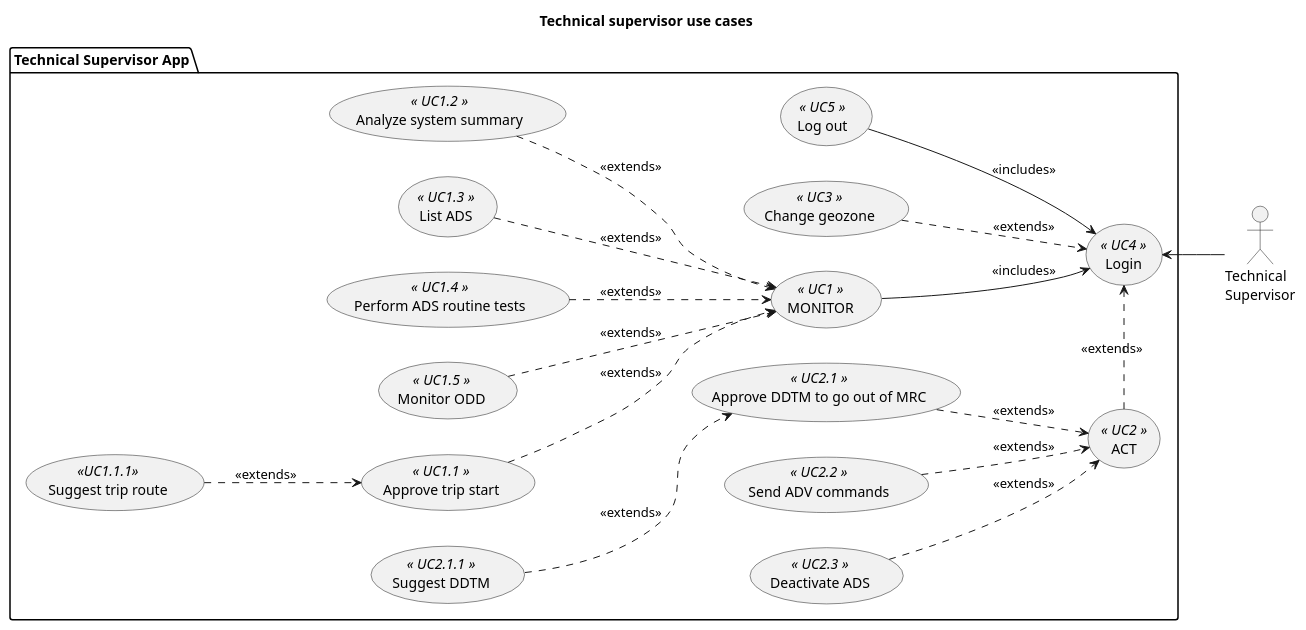
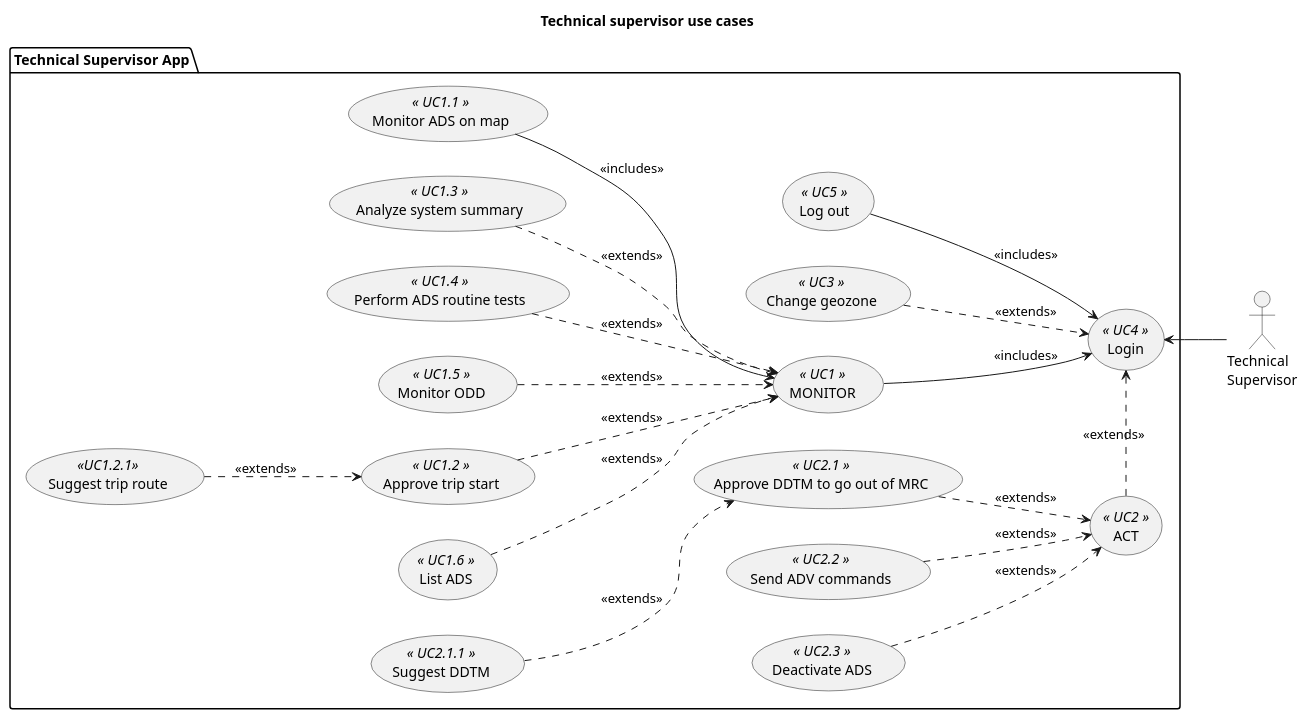
Before and after one commit to bruno-motorai/uml: the diagram in technical_supervisor/use_cases.pu, drawn with PlantUML. The commit also changed 2 other files, not shown here.

Commit message:
Add suggest trip route use case. Update state diagram wording

```diff
--- a/technical_supervisor/use_cases.pu
+++ b/technical_supervisor/use_cases.pu
@@ -1,52 +1,54 @@
 @startuml ts_use_cases
 title Technical supervisor use cases
 
 left to right direction
 
 actor :Technical\nSupervisor: as TS1
 
 package "Technical Supervisor App" {
     usecase UC4 as (Login) <<  UC4  >>
     usecase UC5 as (Log out) <<  UC5  >>
     usecase UC1 as (MONITOR)<<  UC1  >>
     usecase UC2 as (ACT) <<  UC2  >>
     usecase UC3 as (Change geozone) <<  UC3  >>
 
     ' Supervise system
-    usecase UC100 as (Approve trip start) <<  UC1.1  >>
-    usecase UC101 as (Analyze system summary) <<  UC1.2  >>
-    usecase UC102 as (List ADS) <<  UC1.3  >>
+    usecase UC102 as (Monitor ADS on map) <<  UC1.1  >>
+    usecase UC100 as (Approve trip start) <<  UC1.2  >>
+    usecase UC101 as (Analyze system summary) <<  UC1.3  >>
     usecase UC104 as (Perform ADS routine tests) <<  UC1.4  >>
     usecase UC105 as (Monitor ODD) <<  UC1.5  >>
-    usecase UC106 as (Suggest trip route) << UC1.1.1 >>
+    usecase UC106 as (Suggest trip route) << UC1.2.1 >>
+    usecase UC107 as (List ADS) <<  UC1.6  >>
 
     ' Supervise ADS
     usecase UC202 as (Approve DDTM to go out of MRC) <<  UC2.1  >>
     ' ADS actions
     usecase UC303 as (Suggest DDTM) <<  UC2.1.1  >>
     usecase UC304 as (Send ADV commands) <<  UC2.2  >>
     usecase UC305 as (Deactivate ADS) <<  UC2.3  >>
 }
 
 ' User connections
 TS1 -up-> UC4
 UC2 -> UC4 #line.dashed : <<extends>> 
 UC1 --> UC4 : <<includes>> 
 UC3 --> UC4 #line.dashed : <<extends>> 
 UC5 --> UC4 : <<includes>>
 
 ' Supervise system
 UC100 --> UC1 #line.dashed : <<extends>>
+UC106 --> UC100 #line.dashed : <<extends>>
 UC101 --> UC1 #line.dashed : <<extends>>
-UC102 --> UC1 #line.dashed : <<extends>>
+UC102 --> UC1 : <<includes>>
 UC104 --> UC1 #line.dashed : <<extends>>
 UC105 --> UC1 #line.dashed : <<extends>>
-UC106 --> UC100 #line.dashed : <<extends>>
+UC107 --> UC1 #line.dashed : <<extends>>
 
 ' Supervise ADS
 UC202 --> UC2 #line.dashed : <<extends>>
 UC303 --> UC202 #line.dashed : <<extends>>
 UC304 --> UC2 #line.dashed : <<extends>>
 UC305 --> UC2 #line.dashed : <<extends>>
 
 @enduml
```
